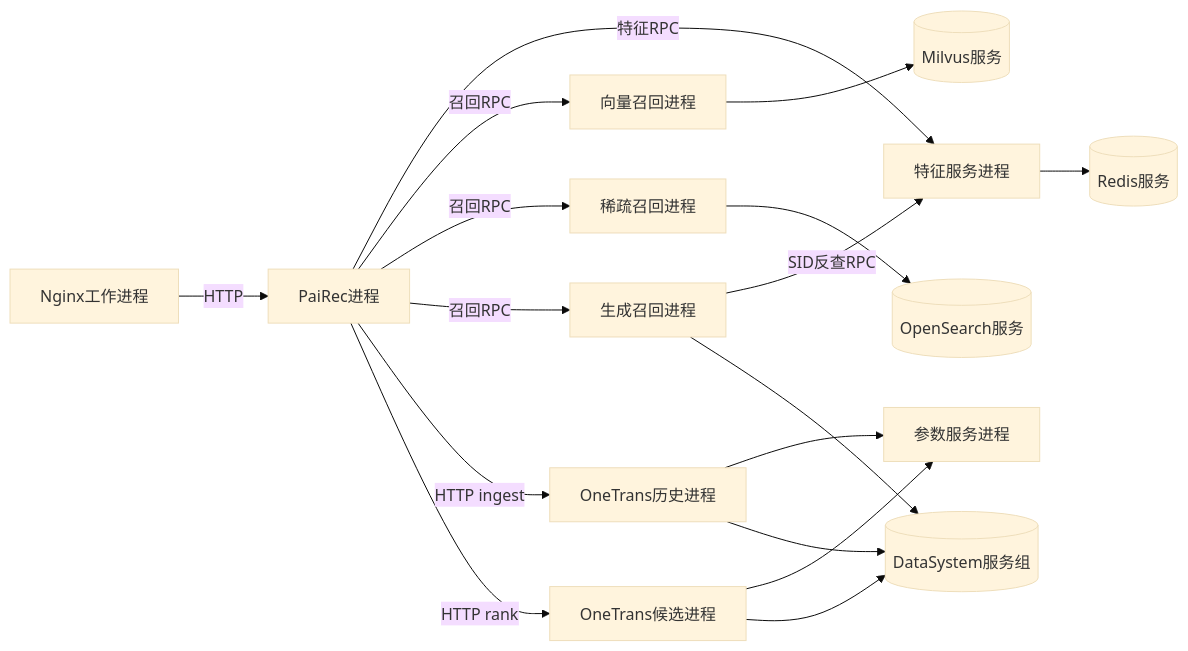
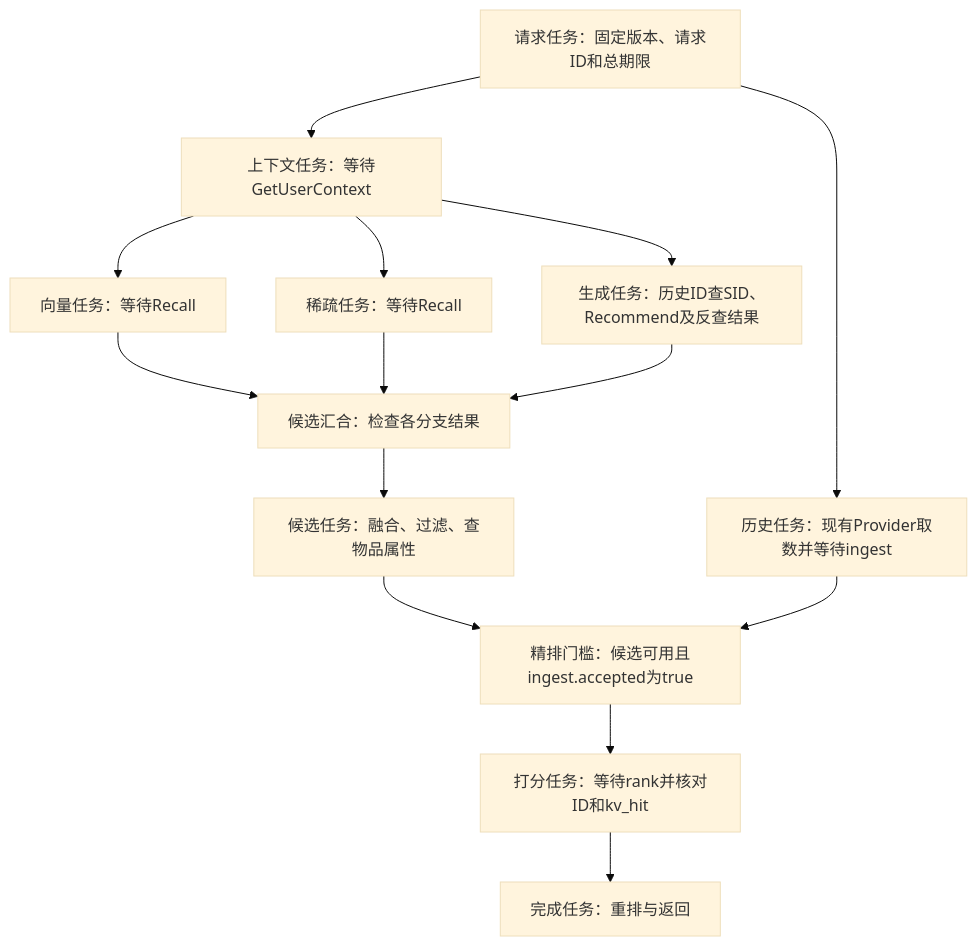
One commit to bitianyuan123/docs changed the diagram in diagrams/01_system_04.mmd. Above: the diagram before and after it, drawn with Mermaid (base theme). The commit also changed 85 other files, not shown here.

```diff
--- a/diagrams/01_system_04.mmd
+++ b/diagrams/01_system_04.mmd
@@ -1,17 +1,14 @@
-flowchart LR
-    N[Nginx工作进程] -->|HTTP| P[PaiRec进程]
-    P -->|特征RPC| F[特征服务进程]
-    F --> R[(Redis服务)]
-    P -->|召回RPC| V[向量召回进程]
-    V --> M[(Milvus服务)]
-    P -->|召回RPC| S[稀疏召回进程]
-    S --> O[(OpenSearch服务)]
-    P -->|召回RPC| G[生成召回进程]
-    G -->|SID反查RPC| F
-    P -->|HTTP ingest| H[OneTrans历史进程]
-    P -->|HTTP rank| D[OneTrans候选进程]
-    H --> PS[参数服务进程]
-    D --> PS
-    H --> K[(DataSystem服务组)]
-    D --> K
-    G --> K
+flowchart TD
+    A[请求任务：固定版本、请求ID和总期限] --> U[上下文任务：等待GetUserContext]
+    A --> H[历史任务：现有Provider取数并等待ingest]
+    U --> V[向量任务：等待Recall]
+    U --> S[稀疏任务：等待Recall]
+    U --> G[生成任务：历史ID查SID、Recommend及反查结果]
+    V --> J[候选汇合：检查各分支结果]
+    S --> J
+    G --> J
+    J --> C[候选任务：融合、过滤、查物品属性]
+    C --> B[精排门槛：候选可用且ingest.accepted为true]
+    H --> B
+    B --> D[打分任务：等待rank并核对ID和kv_hit]
+    D --> E[完成任务：重排与返回]
```
